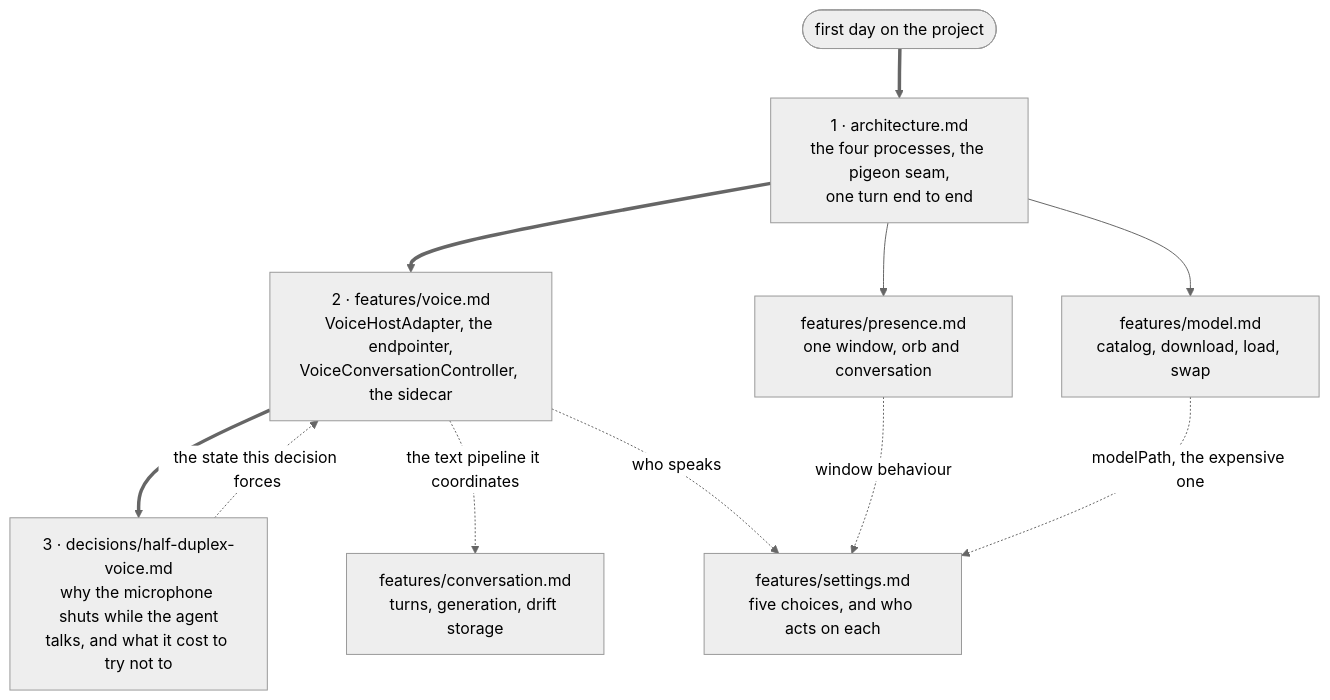
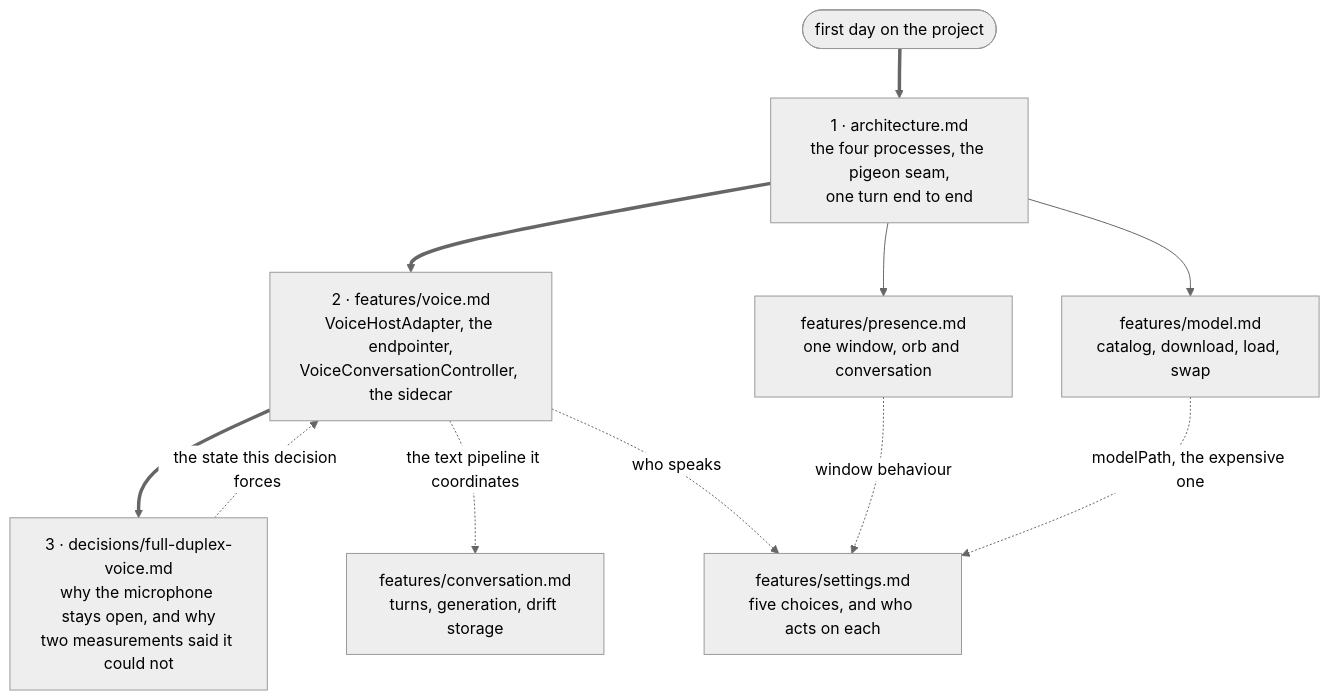
The diagram in docs/README.md (chyiiiiiiiiiiii/lulo), drawn with Mermaid (neutral theme) before and after one commit. The commit also changed other lines of this file and 3 other files, not shown here.

````diff
--- a/docs/README.md
+++ b/docs/README.md
@@ -14,19 +14,19 @@
 ```mermaid
 flowchart TD
     start(["first day on the project"]) ==> arch
 
     arch["1 · architecture.md<br/>the four processes, the pigeon seam,<br/>one turn end to end"]
     voice["2 · features/voice.md<br/>VoiceHostAdapter, the endpointer,<br/>VoiceConversationController, the sidecar"]
-    dec["3 · decisions/half-duplex-voice.md<br/>why the microphone shuts while the agent<br/>talks, and what it cost to try not to"]
+    dec["3 · decisions/full-duplex-voice.md<br/>why the microphone stays open, and why<br/>two measurements said it could not"]
 
     arch ==> voice ==> dec
     dec -. "the state this decision forces" .-> voice
 
     arch --> pres["features/presence.md<br/>one window, orb and conversation"]
     arch --> model["features/model.md<br/>catalog, download, load, swap"]
     voice -. "the text pipeline it coordinates" .-> conv["features/conversation.md<br/>turns, generation, drift storage"]
 
     voice -. "who speaks" .-> set["features/settings.md<br/>five choices, and who acts on each"]
     pres -. "window behaviour" .-> set
     model -. "modelPath, the expensive one" .-> set
 ```
````
